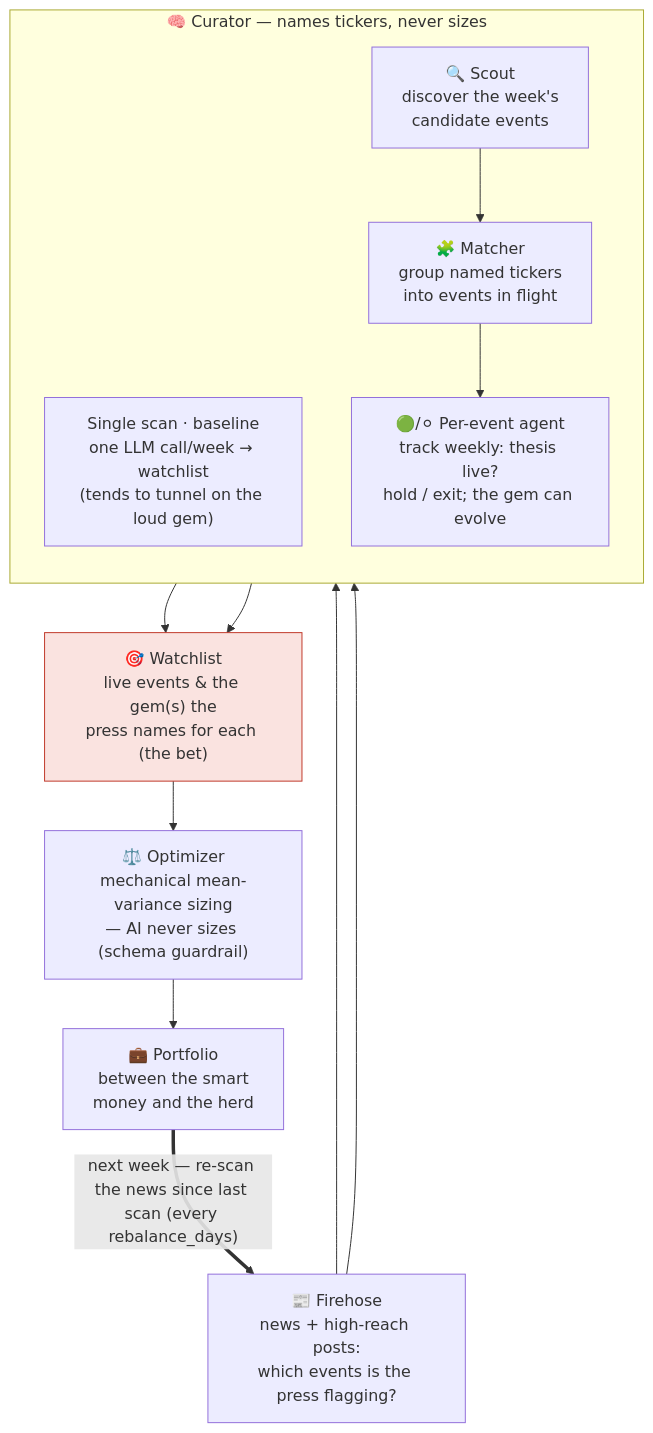
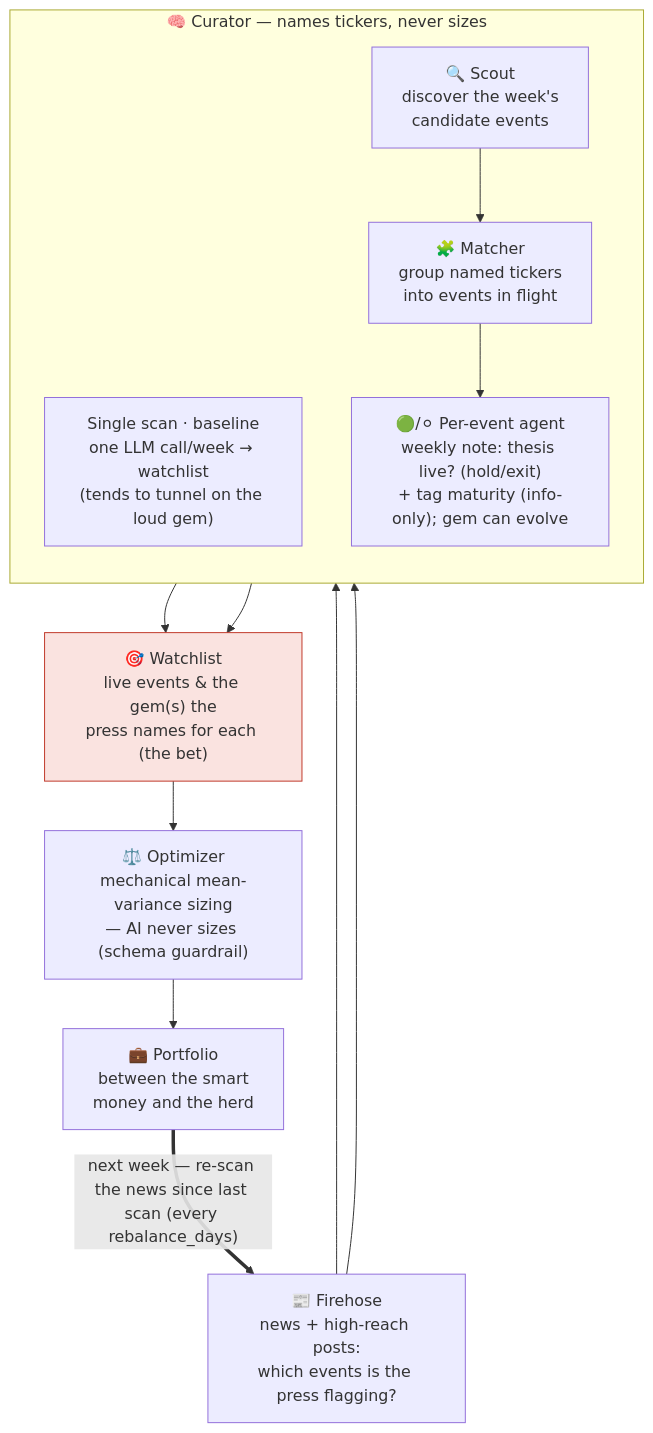
The diagram in README.md (joehahn/geo-herd-rider), drawn with Mermaid before and after one commit. The commit also changed other lines of this file, not shown here.

First line of the commit message:
README: add maturity-tag table; show tagging in the diagram

````diff
--- a/README.md
+++ b/README.md
@@ -22,27 +22,27 @@
 ```mermaid
 flowchart TD
     S["📰 Firehose<br/>news + high-reach posts:<br/>which events is the press flagging?"]
 
     subgraph CUR["🧠 Curator — names tickers, never sizes"]
       direction TB
       SS["Single scan · baseline<br/>one LLM call/week → watchlist<br/>(tends to tunnel on the loud gem)"]
       SC["🔍 Scout<br/>discover the week's<br/>candidate events"]
       MA["🧩 Matcher<br/>group named tickers<br/>into events in flight"]
-      AG["🟢/⚪ Per-event agent<br/>track weekly: thesis live?<br/>hold / exit; the gem can evolve"]
+      AG["🟢/⚪ Per-event agent<br/>weekly note: thesis live? (hold/exit)<br/>+ tag maturity (info-only); gem can evolve"]
       SC --> MA --> AG
     end
 
     E["🎯 Watchlist<br/>live events & the gem(s) the<br/>press names for each (the bet)"]
     W["⚖️ Optimizer<br/>mechanical mean-variance sizing<br/>— AI never sizes (schema guardrail)"]
     B["💼 Portfolio<br/>between the smart<br/>money and the herd"]
 
     S --> SS
     S --> SC
     SS --> E
     AG --> E
     E --> W --> B
     B == "next week — re-scan the news since last scan (every rebalance_days)" ==> S
 
     classDef bet fill:#fae3e0,stroke:#c0392b;
     class E bet
 ```
````
